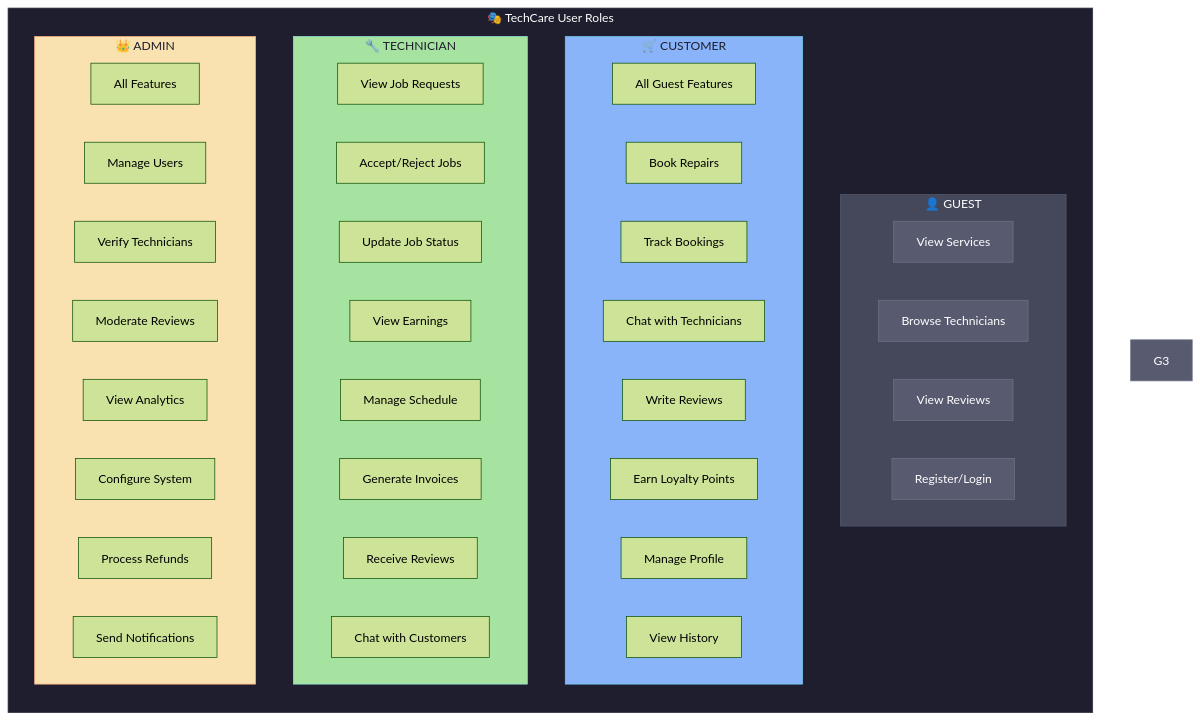
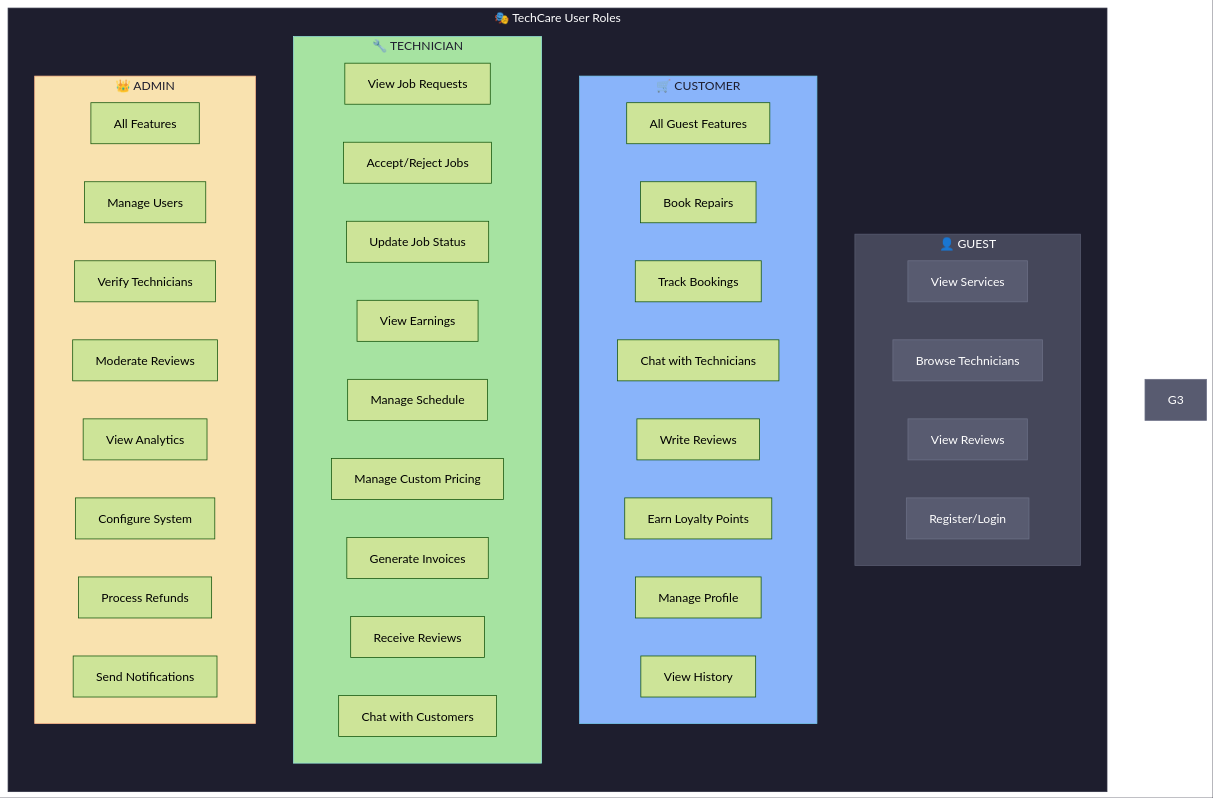
One commit to Irchika774/Tech-Care_official changed diagram 11 of 15 in README.md. Above: the diagram before and after it, drawn with Mermaid (forest theme). The commit also changed other lines of this file and 38 other files, not shown here.

Commit message:
Technician custom pricing and availability updates v2.5.0

````diff
--- a/README.md
+++ b/README.md
@@ -590,57 +670,58 @@
 ```mermaid
 flowchart TB
     subgraph Roles["🎭 TechCare User Roles"]
         direction TB
         
         subgraph GuestRole["👤 GUEST"]
             G1["View Services"]
             G2["Browse Technicians"]
             G4["View Reviews"]
             G5["Register/Login"]
         end
         
         subgraph CustomerRole["🛒 CUSTOMER"]
             C1["All Guest Features"]
             C2["Book Repairs"]
             C3["Track Bookings"]
             C4["Chat with Technicians"]
             C5["Write Reviews"]
             C6["Earn Loyalty Points"]
             C7["Manage Profile"]
             C8["View History"]
         end
         
         subgraph TechnicianRole["🔧 TECHNICIAN"]
             T1["View Job Requests"]
             T2["Accept/Reject Jobs"]
             T3["Update Job Status"]
             T4["View Earnings"]
             T5["Manage Schedule"]
-            T6["Generate Invoices"]
-            T7["Receive Reviews"]
-            T8["Chat with Customers"]
+            T6["Manage Custom Pricing"]
+            T7["Generate Invoices"]
+            T8["Receive Reviews"]
+            T9["Chat with Customers"]
         end
         
         subgraph AdminRole["👑 ADMIN"]
             A1["All Features"]
             A2["Manage Users"]
             A3["Verify Technicians"]
             A4["Moderate Reviews"]
             A5["View Analytics"]
             A6["Configure System"]
             A7["Process Refunds"]
             A8["Send Notifications"]
         end
     end
     
     style Roles fill:#1e1e2e,stroke:#313244,color:#fff
     style GuestRole fill:#45475a,stroke:#585b70,color:#fff
     style CustomerRole fill:#89b4fa,stroke:#74c7ec,color:#1e1e2e
     style TechnicianRole fill:#a6e3a1,stroke:#94e2d5,color:#1e1e2e
     style AdminRole fill:#f9e2af,stroke:#fab387,color:#1e1e2e
     style G1 fill:#585b70,stroke:#6c7086,color:#fff
     style G2 fill:#585b70,stroke:#6c7086,color:#fff
     style G3 fill:#585b70,stroke:#6c7086,color:#fff
     style G4 fill:#585b70,stroke:#6c7086,color:#fff
     style G5 fill:#585b70,stroke:#6c7086,color:#fff
 ```
````
